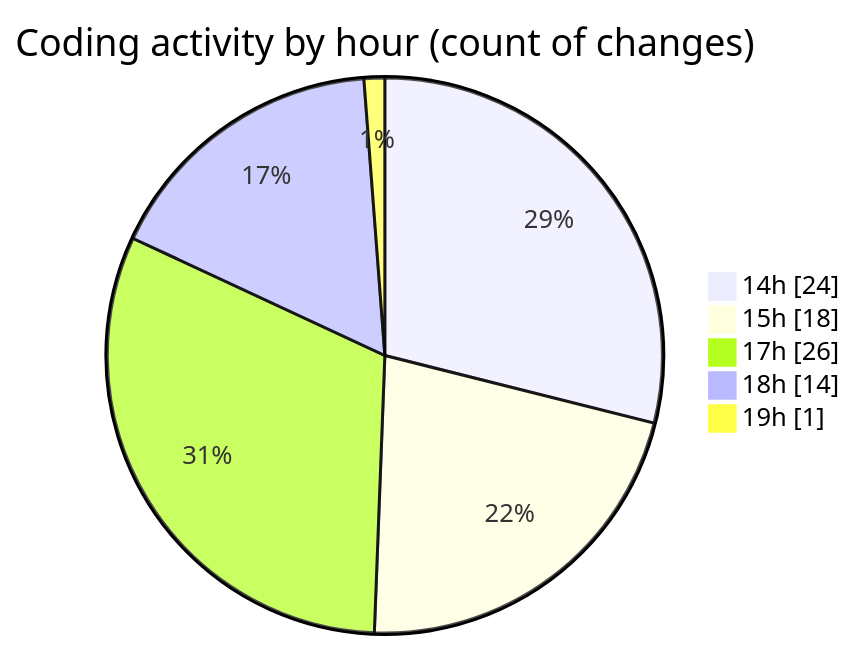
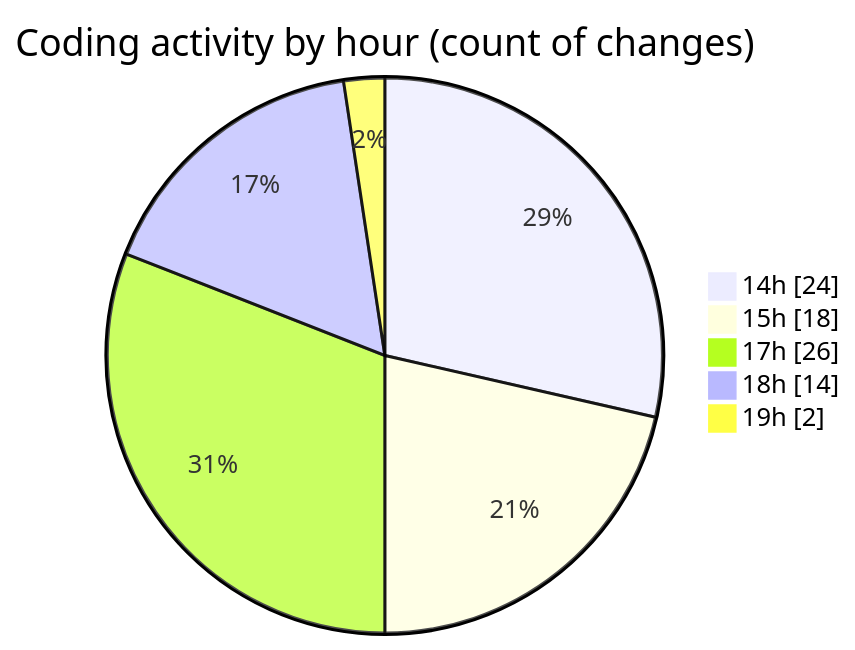
The second of 2 diagrams in 2025-04-22/indesign/README.md (Elitesun/code-tracking), drawn with Mermaid before and after one commit. The commit also changed other lines of this file and 1 other file, not shown here.

````diff
--- a/2025-04-22/indesign/README.md
+++ b/2025-04-22/indesign/README.md
@@ -47,9 +47,9 @@
 ```mermaid
 pie showData
 title Coding activity by hour (count of changes)
 "14h" : 24
 "15h" : 18
 "17h" : 26
 "18h" : 14
-"19h" : 1
+"19h" : 2
 ```
````
